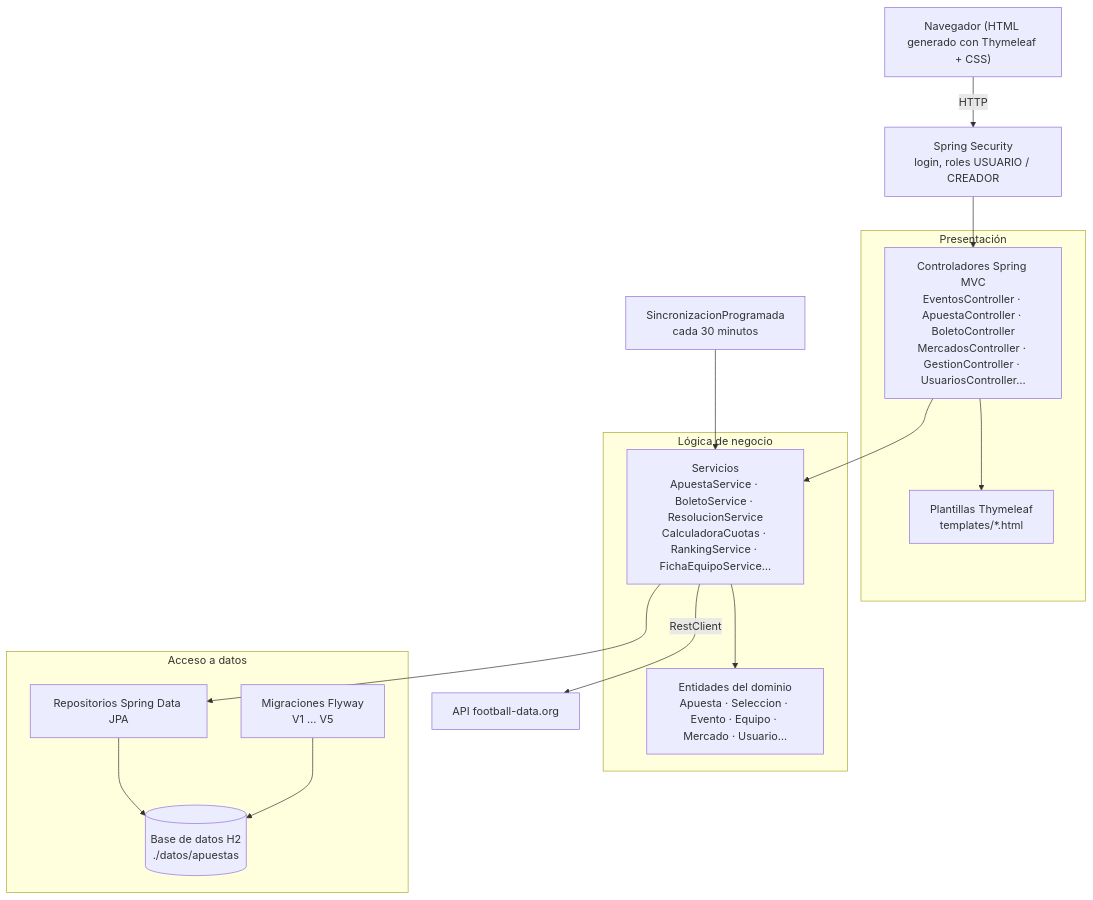
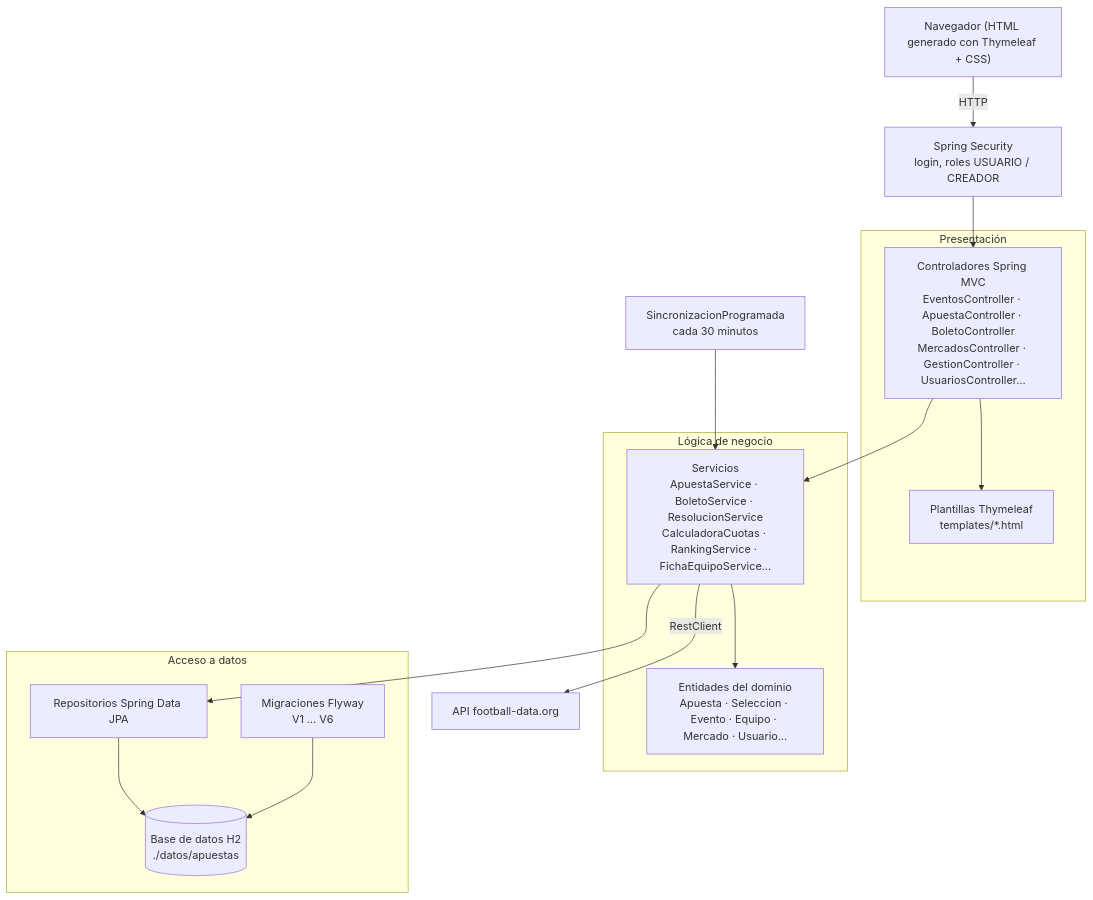
The second of 9 diagrams in docs/diseno/uml.md (riverri/IS1), drawn with Mermaid before and after one commit. The commit also changed other lines of this file and 15 other files, not shown here.

````diff
--- a/docs/diseno/uml.md
+++ b/docs/diseno/uml.md
@@ -58,33 +58,33 @@
 ```mermaid
 flowchart TB
     navegador["Navegador (HTML generado con Thymeleaf + CSS)"]
 
     subgraph presentacion [Presentación]
         controladores["Controladores Spring MVC<br/>EventosController · ApuestaController · BoletoController<br/>MercadosController · GestionController · UsuariosController…"]
         plantillas["Plantillas Thymeleaf<br/>templates/*.html"]
     end
 
     subgraph negocio [Lógica de negocio]
         servicios["Servicios<br/>ApuestaService · BoletoService · ResolucionService<br/>CalculadoraCuotas · RankingService · FichaEquipoService…"]
         dominio["Entidades del dominio<br/>Apuesta · Seleccion · Evento · Equipo · Mercado · Usuario…"]
     end
 
     subgraph datos [Acceso a datos]
         repositorios["Repositorios Spring Data JPA"]
-        flyway["Migraciones Flyway<br/>V1 … V5"]
+        flyway["Migraciones Flyway<br/>V1 … V6"]
         h2[("Base de datos H2<br/>./datos/apuestas")]
     end
 
     seguridad["Spring Security<br/>login, roles USUARIO / CREADOR"]
     api["API football-data.org"]
     programada["SincronizacionProgramada<br/>cada 30 minutos"]
 
     navegador -->|HTTP| seguridad --> controladores
     controladores --> plantillas
     controladores --> servicios
     servicios --> dominio
     servicios --> repositorios --> h2
     flyway --> h2
     programada --> servicios
     servicios -->|RestClient| api
 ```
````
